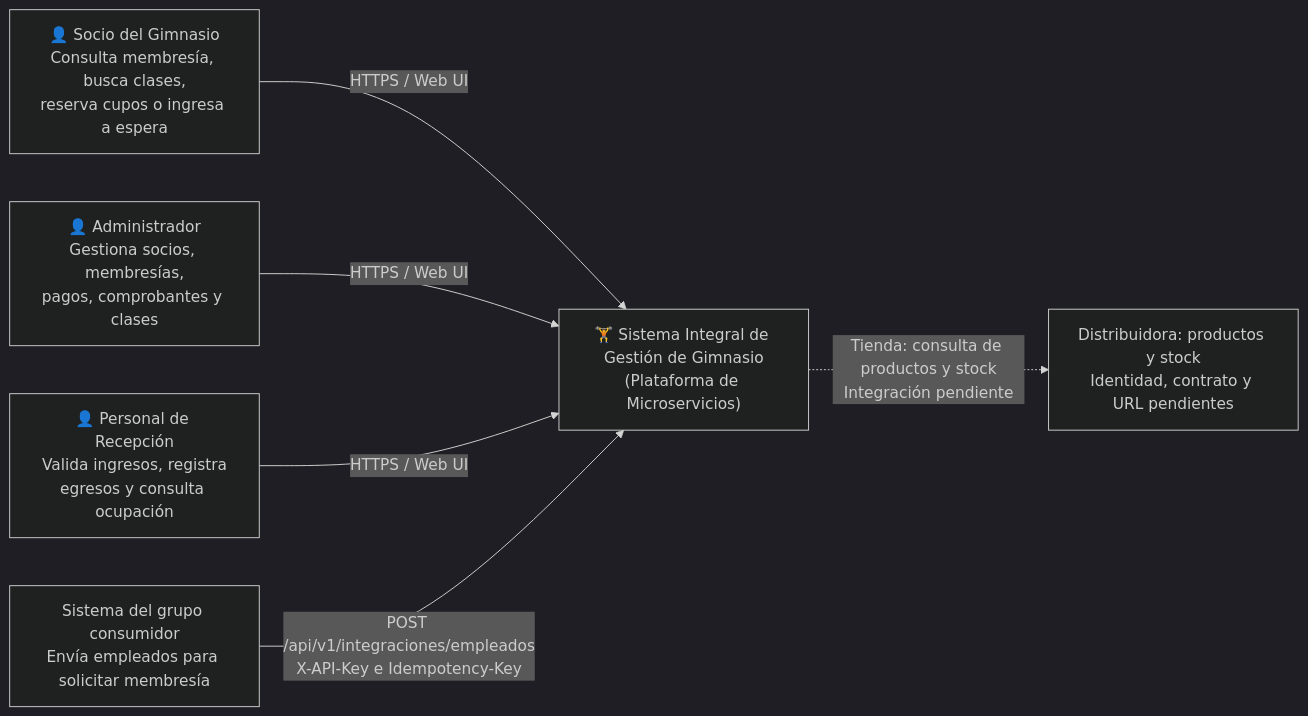
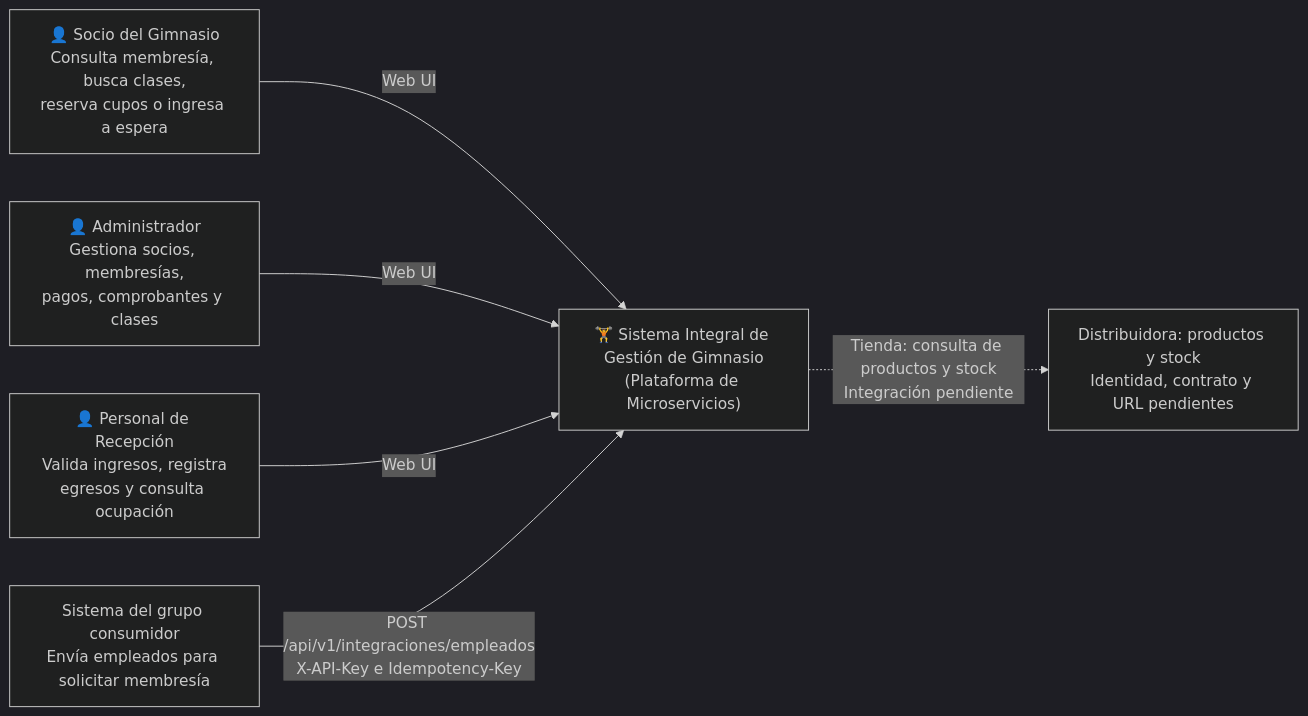
Before and after one commit to PabloMarquezCapilla/Gestion-gimnasio-arquitectura-software: the first of 3 diagrams in docs/ARCHITECTURE.md, drawn with Mermaid (dark theme). The commit also changed other lines of this file and 20 other files, not shown here.

````diff
--- a/docs/ARCHITECTURE.md
+++ b/docs/ARCHITECTURE.md
@@ -88,16 +67,16 @@
 ```mermaid
 flowchart LR
     socio["👤 Socio del Gimnasio<br/>Consulta membresía, busca clases,<br/>reserva cupos o ingresa a espera"]
     admin["👤 Administrador<br/>Gestiona socios, membresías,<br/>pagos, comprobantes y clases"]
     recepcion["👤 Personal de Recepción<br/>Valida ingresos, registra<br/>egresos y consulta ocupación"]
     consumidor["Sistema del grupo consumidor<br/>Envía empleados para solicitar membresía"]
     proveedor["Distribuidora: productos y stock<br/>Identidad, contrato y URL pendientes"]
 
     sistema["🏋️ Sistema Integral de Gestión de Gimnasio<br/>(Plataforma de Microservicios)"]
 
-    socio -->|HTTPS / Web UI| sistema
-    admin -->|HTTPS / Web UI| sistema
-    recepcion -->|HTTPS / Web UI| sistema
+    socio -->|Web UI| sistema
+    admin -->|Web UI| sistema
+    recepcion -->|Web UI| sistema
     consumidor -->|POST /api/v1/integraciones/empleados<br/>X-API-Key e Idempotency-Key| sistema
     sistema -.->|Tienda: consulta de productos y stock<br/>Integración pendiente| proveedor
 ```
````
